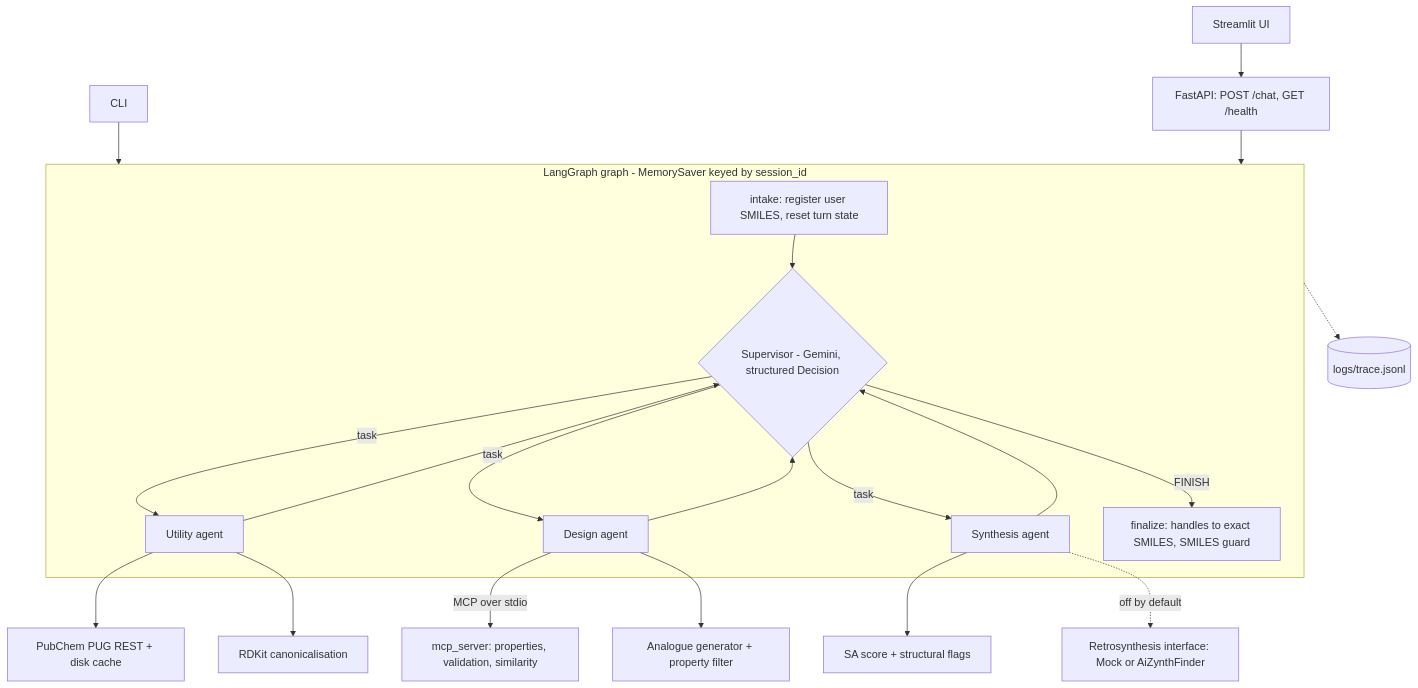
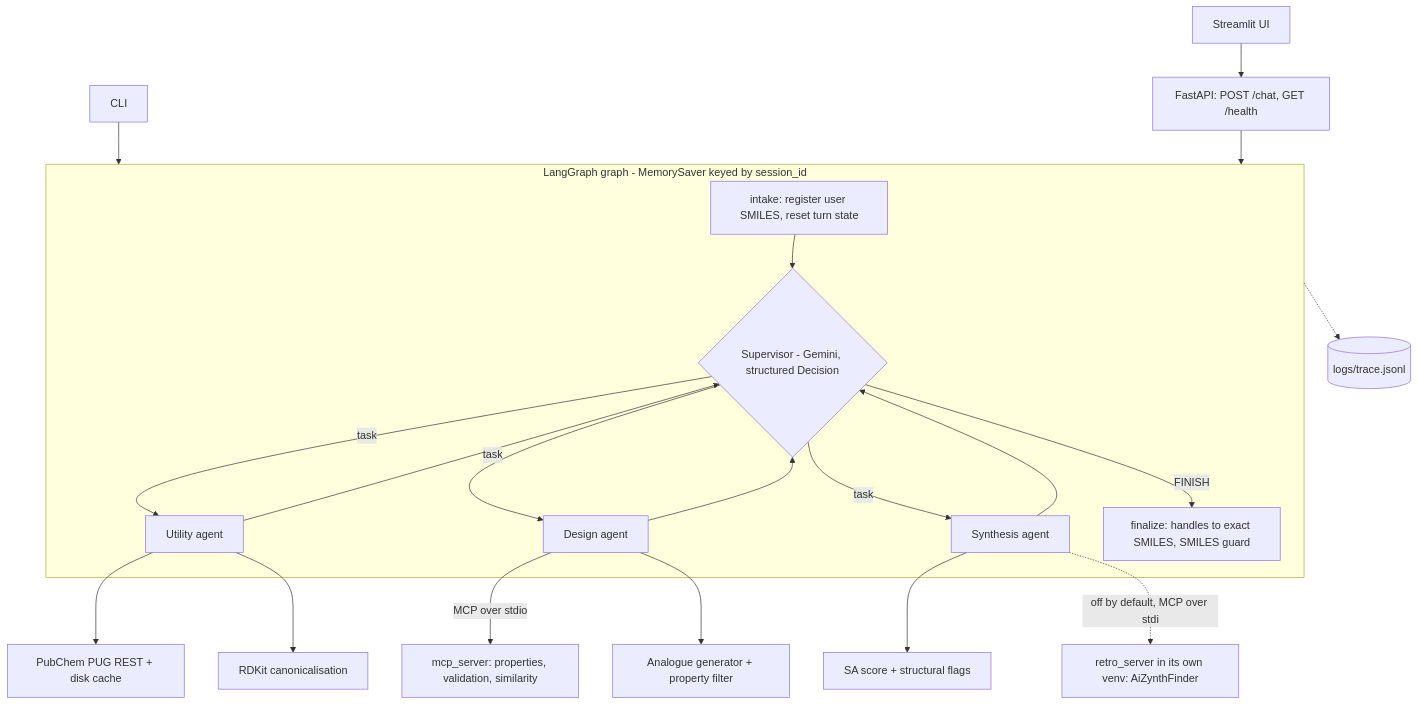
The diagram in README.md (Islambek201632838/minichem-agent), drawn with Mermaid before and after one commit. The commit also changed other lines of this file and 17 other files, not shown here.

First line of the commit message:
Connect AiZynthFinder retrosynthesis through a second MCP server

````diff
--- a/README.md
+++ b/README.md
@@ -26,27 +26,27 @@
 ```mermaid
 flowchart TD
     UI[Streamlit UI] --> API[FastAPI: POST /chat, GET /health]
     CLI[CLI] --> G
     API --> G
 
     subgraph G[LangGraph graph - MemorySaver keyed by session_id]
         I[intake: register user SMILES, reset turn state] --> S
         S{Supervisor - Gemini, structured Decision}
         S -->|task| U[Utility agent]
         S -->|task| D[Design agent]
         S -->|task| Y[Synthesis agent]
         U --> S
         D --> S
         Y --> S
         S -->|FINISH| F[finalize: handles to exact SMILES, SMILES guard]
     end
 
     U --> PC[PubChem PUG REST + disk cache]
     U --> RK[RDKit canonicalisation]
     D -->|MCP over stdio| M[mcp_server: properties, validation, similarity]
     D --> A[Analogue generator + property filter]
     Y --> SA[SA score + structural flags]
-    Y -.off by default.-> R[Retrosynthesis interface: Mock or AiZynthFinder]
+    Y -.off by default, MCP over stdio.-> R[retro_server in its own venv: AiZynthFinder]
 
     G -.-> T[(logs/trace.jsonl)]
 ```
````
